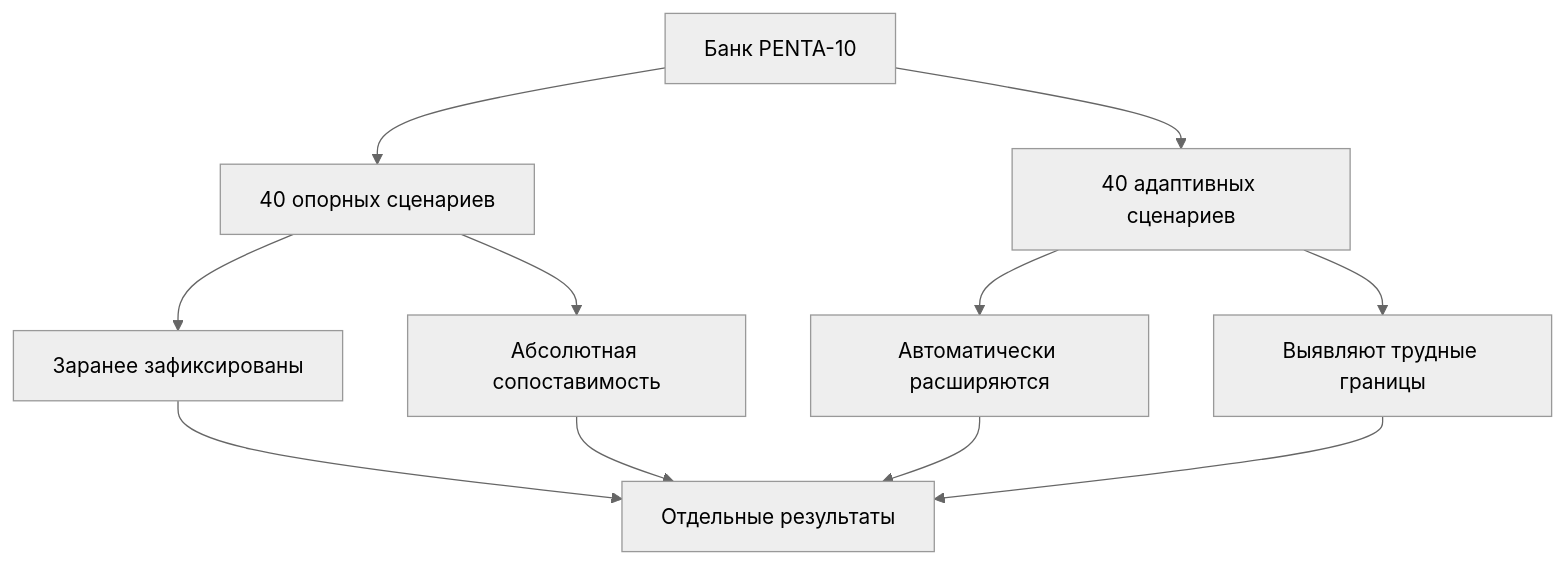
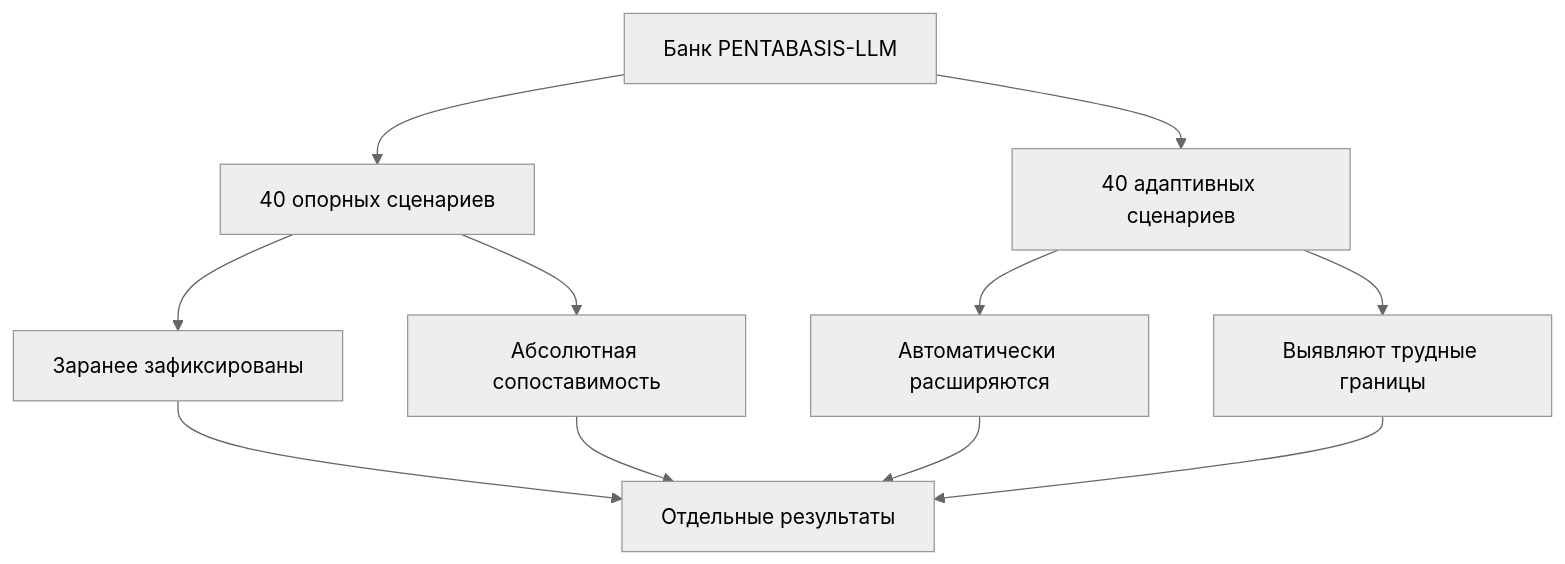
One commit to ikanam-ai/PENTABASIS-LLM changed the second of 3 diagrams in README.md. Above: the diagram before and after it, drawn with Mermaid (neutral theme). The commit also changed other lines of this file and 22 other files, not shown here.

Commit message:
Закрепить название PENTABASIS-LLM

````diff
--- a/README.md
+++ b/README.md
@@ -118,13 +118,13 @@
 ```mermaid
 flowchart TB
-    B[Банк PENTA-10] --> X[40 опорных сценариев]
+    B[Банк PENTABASIS-LLM] --> X[40 опорных сценариев]
     B --> Y[40 адаптивных сценариев]
     X --> X1[Заранее зафиксированы]
     X --> X2[Абсолютная сопоставимость]
     Y --> Y1[Автоматически расширяются]
     Y --> Y2[Выявляют трудные границы]
     X1 --> Z[Отдельные результаты]
     X2 --> Z
     Y1 --> Z
     Y2 --> Z
 ```
````
